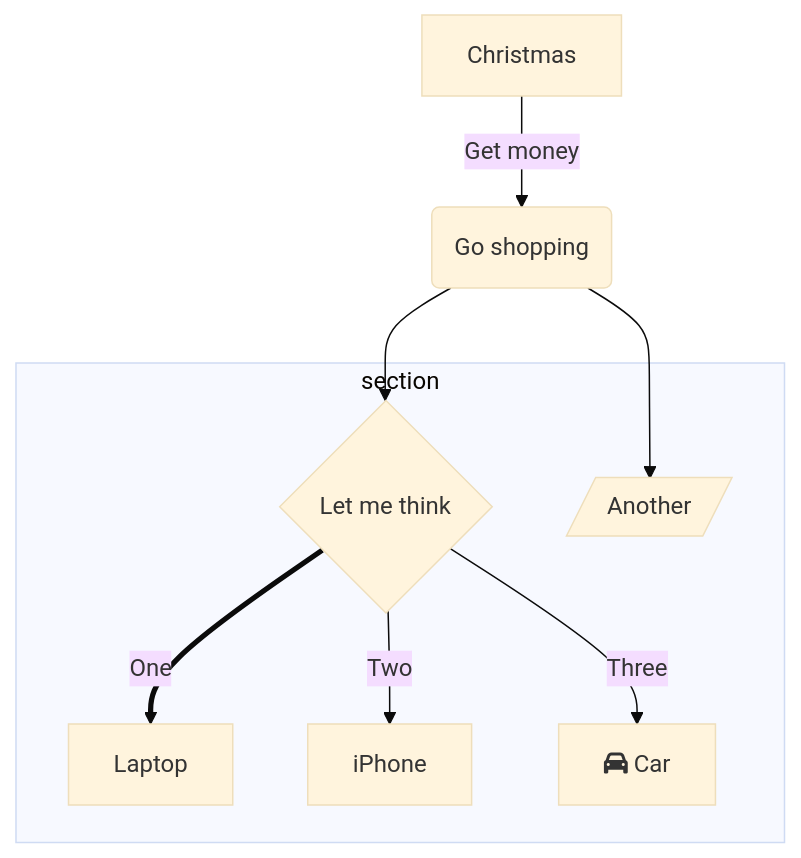
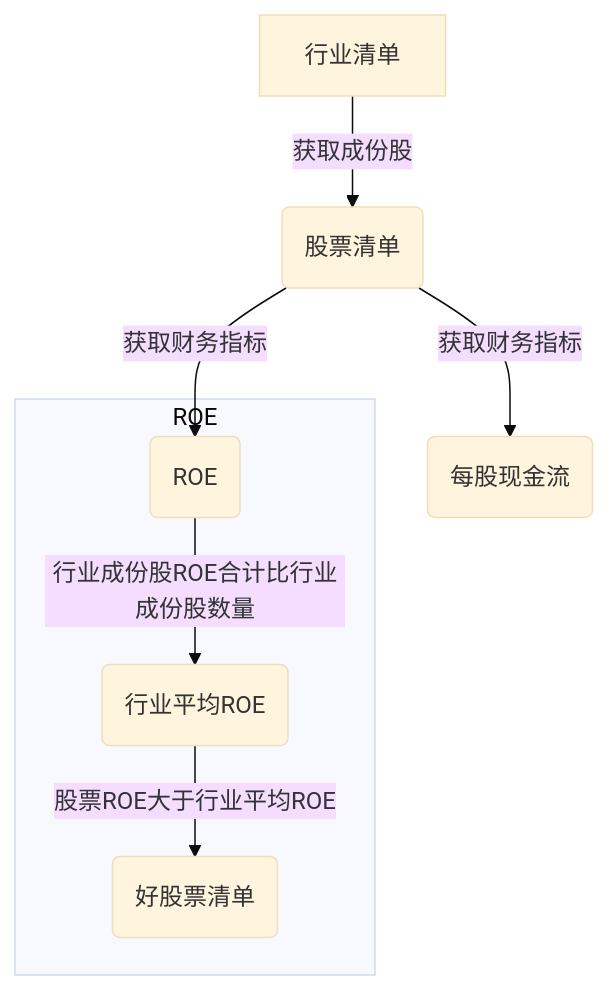
One commit to lzjakin/six_indicators changed the second of 2 diagrams in README.md. Above: the diagram before and after it, drawn with Mermaid. The commit also changed other lines of this file, not shown here.

````diff
--- a/README.md
+++ b/README.md
@@ -72,19 +74,15 @@
 ```mermaid
 %%{init: {'theme':'base'}}%%
         graph TD
-          A[Christmas] -->|Get money| B(Go shopping)
-          B --> C{Let me think}
-          B --> G[/Another/]
-          C ==>|One| D[Laptop]
-          C -->|Two| E[iPhone]
-          C -->|Three| F[fa:fa-car Car]
-          subgraph section
+          A[行业清单] -->|获取成份股 | B(股票清单)
+          B -->|获取财务指标 | C(ROE)
+          B -->|获取财务指标 | D(每股现金流)
+          C -->|行业成份股ROE合计比行业成份股数量 | E(行业平均ROE)
+          E -->|股票ROE大于行业平均ROE | F(好股票清单)
+          subgraph ROE
             C
-            D
             E
             F
-            G
           end
-
-
+          
   ```
````
